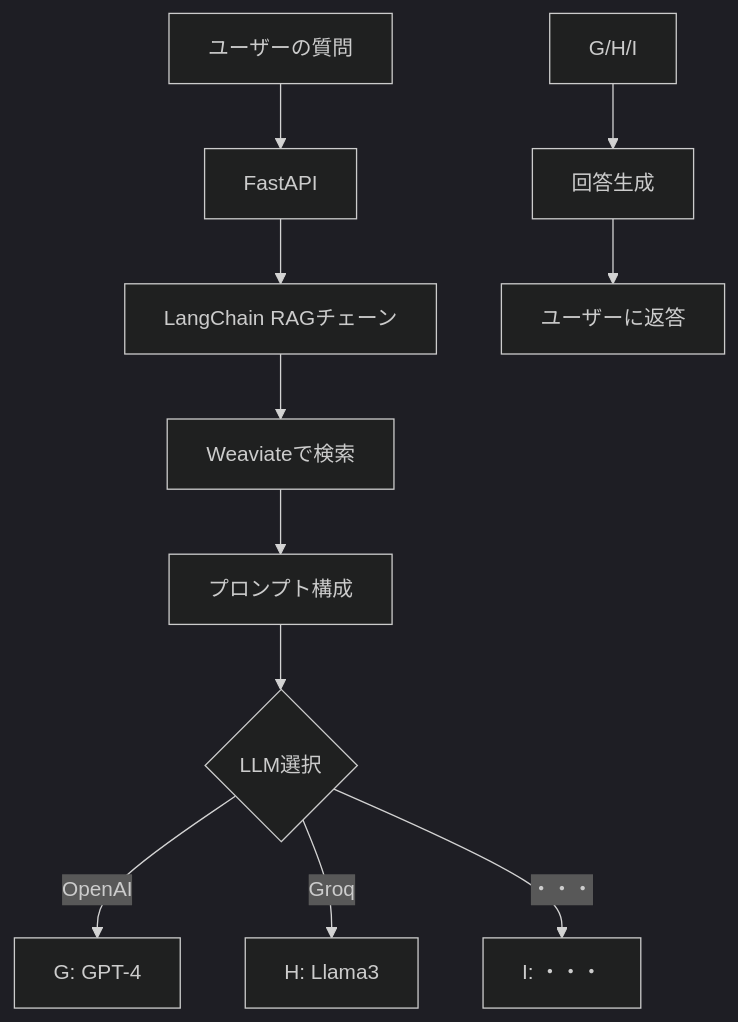
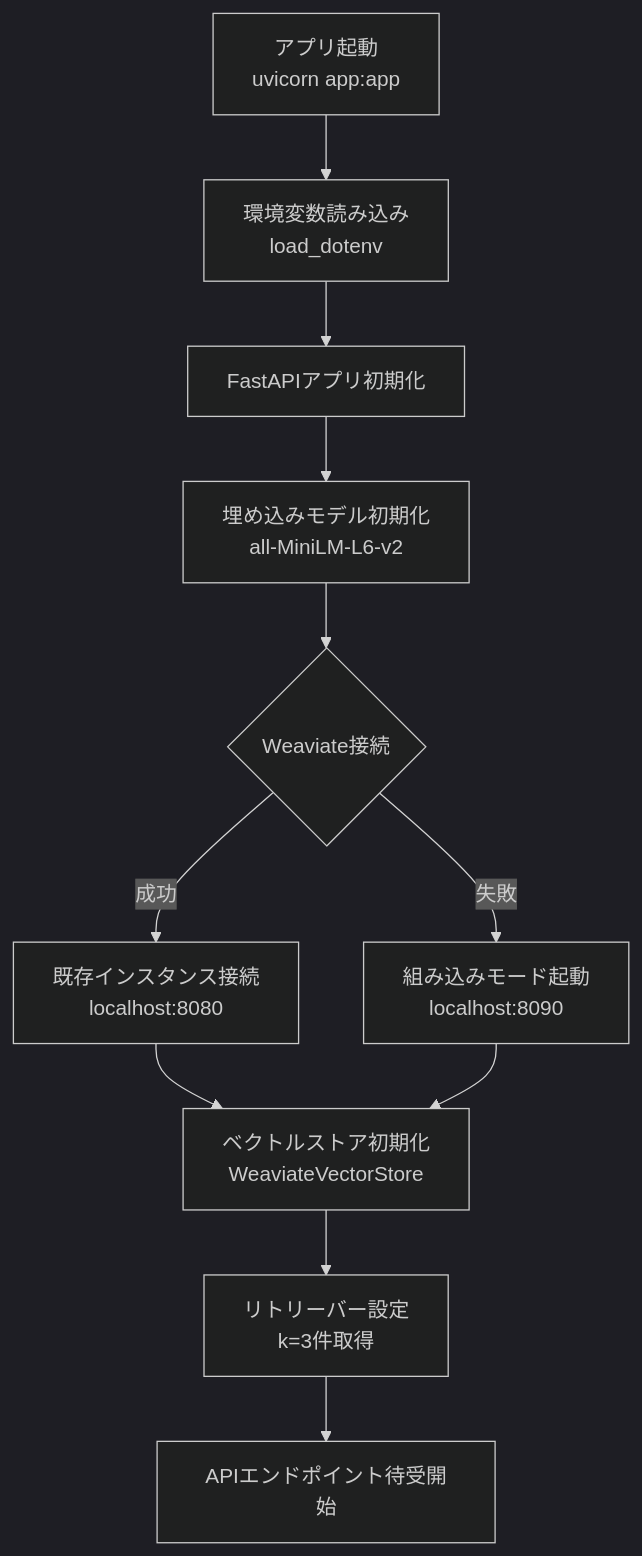
Before and after one commit to 8alfalfa8/freeAiChat: the second of 8 diagrams in ai-chat-backend/README.md, drawn with Mermaid (dark theme). The commit also changed other lines of this file and 2 other files, not shown here.

Commit message:
app.pyについて再整理した README.mdについて再整理した

````diff
--- a/ai-chat-backend/README.md
+++ b/ai-chat-backend/README.md
@@ -139,13 +245,13 @@
 ```mermaid
-graph TD
-A[ユーザーの質問] --> B[FastAPI]
-B --> C[LangChain RAGチェーン]
-C --> D[Weaviateで検索]
-D --> E[プロンプト構成]
-E --> F{LLM選択}
-F -->|OpenAI| G[ G: GPT-4]
-F -->|Groq| H[ H: Llama3]
-F -->|・・・| I[ I: ・・・]
-G/H/I --> J[回答生成]
-J --> K[ユーザーに返答]
+flowchart TD
+    A[アプリ起動<br/>uvicorn app:app] --> B[環境変数読み込み<br/>load_dotenv]
+    B --> C[FastAPIアプリ初期化]
+    C --> D[埋め込みモデル初期化<br/>all-MiniLM-L6-v2]
+    D --> E{Weaviate接続}
+    E -->|成功| F[既存インスタンス接続<br/>localhost:8080]
+    E -->|失敗| G[組み込みモード起動<br/>localhost:8090]
+    F --> H[ベクトルストア初期化<br/>WeaviateVectorStore]
+    G --> H
+    H --> I[リトリーバー設定<br/>k=3件取得]
+    I --> J[APIエンドポイント待受開始]
 ```
````
